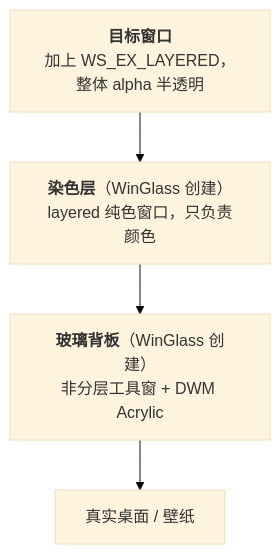
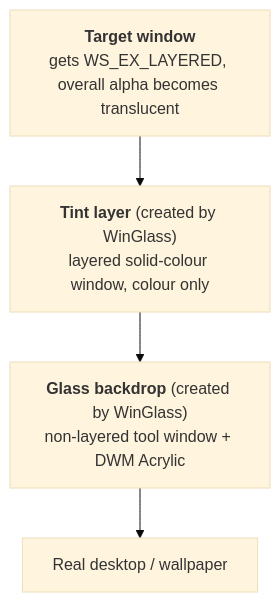
One commit to heathacosta259519-dot/WinGlass changed the first of 2 diagrams in README.md. Above: the diagram before and after it, drawn with Mermaid (base theme). The commit also changed other lines of this file and 4 other files, not shown here.

````diff
--- a/README.md
+++ b/README.md
@@ -69,8 +73,8 @@
 ```mermaid
 flowchart TB
-    W["<b>目标窗口</b><br/>加上 WS_EX_LAYERED，整体 alpha 半透明"]
-    T["<b>染色层</b>（WinGlass 创建）<br/>layered 纯色窗口，只负责颜色"]
-    B["<b>玻璃背板</b>（WinGlass 创建）<br/>非分层工具窗 + DWM Acrylic"]
-    D["真实桌面 / 壁纸"]
+    W["<b>Target window</b><br/>gets WS_EX_LAYERED, overall alpha becomes translucent"]
+    T["<b>Tint layer</b> (created by WinGlass)<br/>layered solid-colour window, colour only"]
+    B["<b>Glass backdrop</b> (created by WinGlass)<br/>non-layered tool window + DWM Acrylic"]
+    D["Real desktop / wallpaper"]
     W --> T --> B --> D
 ```
````
